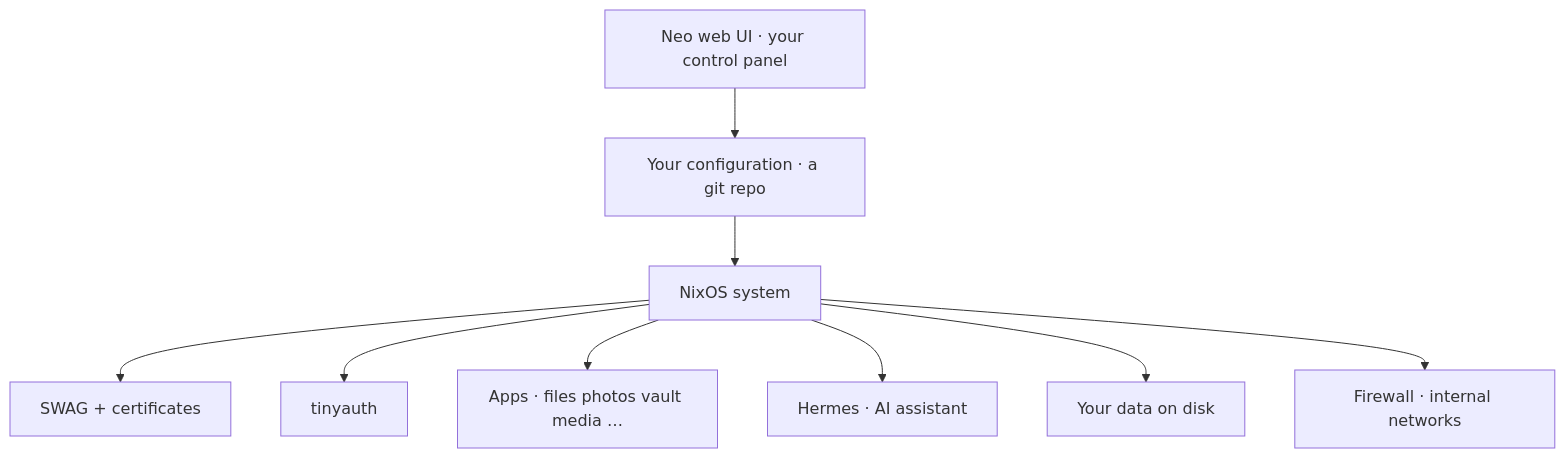
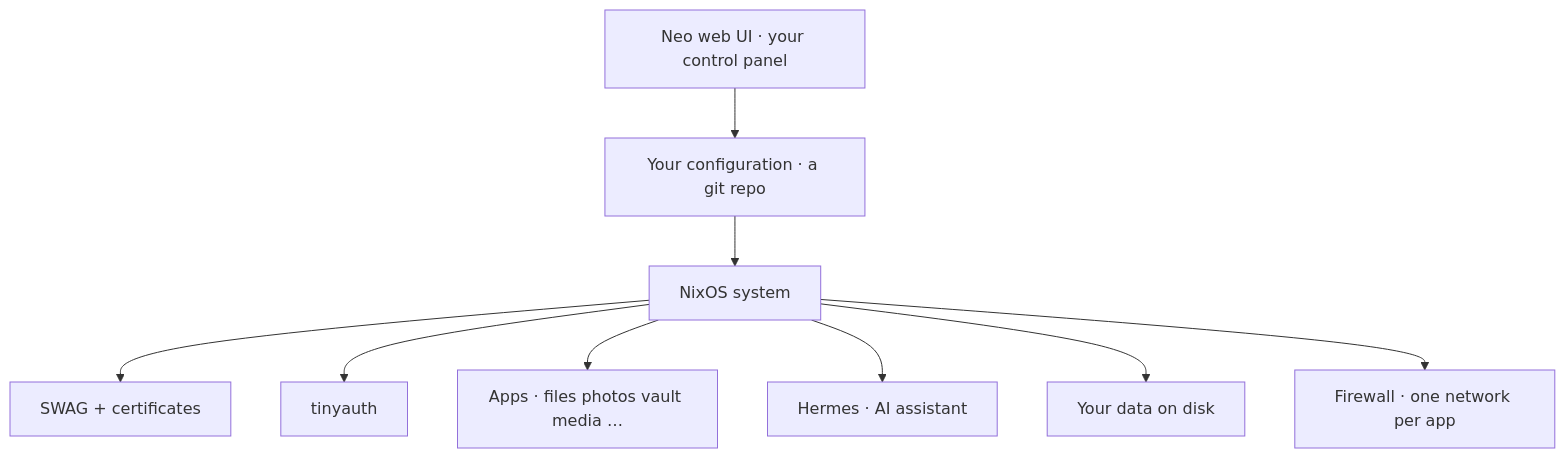
Before and after one commit to madebydamo/neo: the third of 4 diagrams in docs/ARCHITECTURE.md, drawn with Mermaid. The commit also changed other lines of this file and 8 other files, not shown here.

Commit message:
docs: per-service Docker networks, links and host access

````diff
--- a/docs/ARCHITECTURE.md
+++ b/docs/ARCHITECTURE.md
@@ -94,12 +94,12 @@
 ```mermaid
 flowchart TB
   UI[Neo web UI · your control panel]
   UI --> CFG[Your configuration · a git repo]
   CFG --> SYS[NixOS system]
   SYS --> SWAG[SWAG + certificates]
   SYS --> AUTH[tinyauth]
   SYS --> APPS[Apps · files photos vault media …]
   SYS --> HERMES[Hermes · AI assistant]
   SYS --> DATA[Your data on disk]
-  SYS --> FW[Firewall · internal networks]
+  SYS --> FW[Firewall · one network per app]
 ```
````
